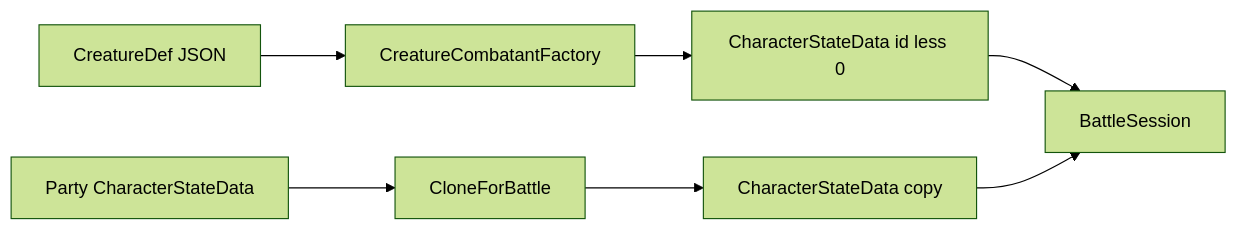
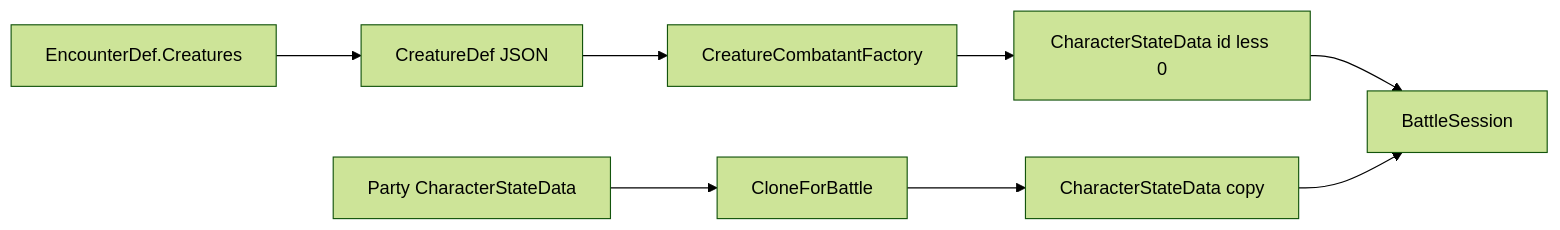
Before and after one commit to DL-SKY/DKIT: the diagram in .cursor/docs/modules/Creatures.md, drawn with Mermaid (forest theme). The commit also changed other lines of this file and 37 other files, not shown here.

````diff
--- a/.cursor/docs/modules/Creatures.md
+++ b/.cursor/docs/modules/Creatures.md
@@ -17,12 +18,14 @@
 ```mermaid
 flowchart LR
+  ED["EncounterDef.Creatures"]
   CD["CreatureDef JSON"]
   F["CreatureCombatantFactory"]
   NPC["CharacterStateData id less 0"]
   P["Party CharacterStateData"]
   C["CloneForBattle"]
   PC["CharacterStateData copy"]
   S["BattleSession"]
+  ED --> CD
   CD --> F --> NPC --> S
   P --> C --> PC --> S
 ```
````
